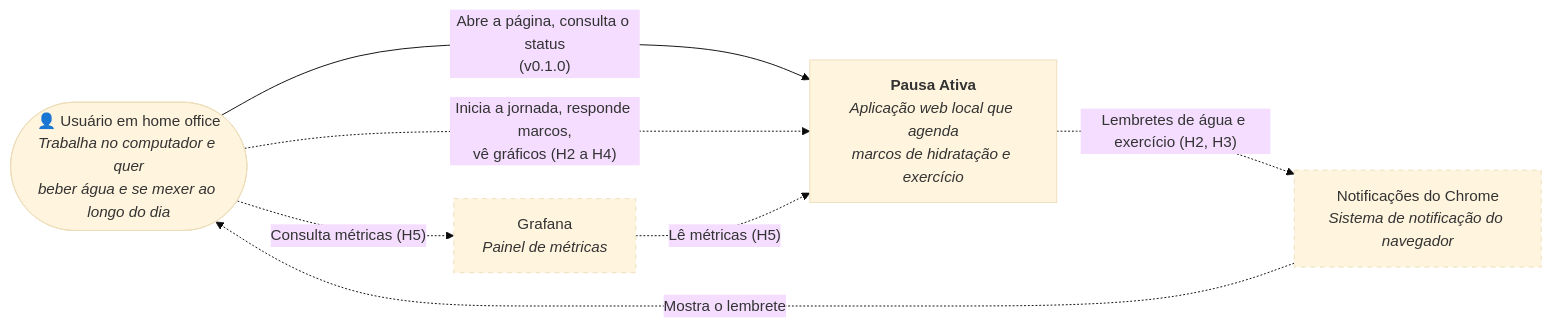
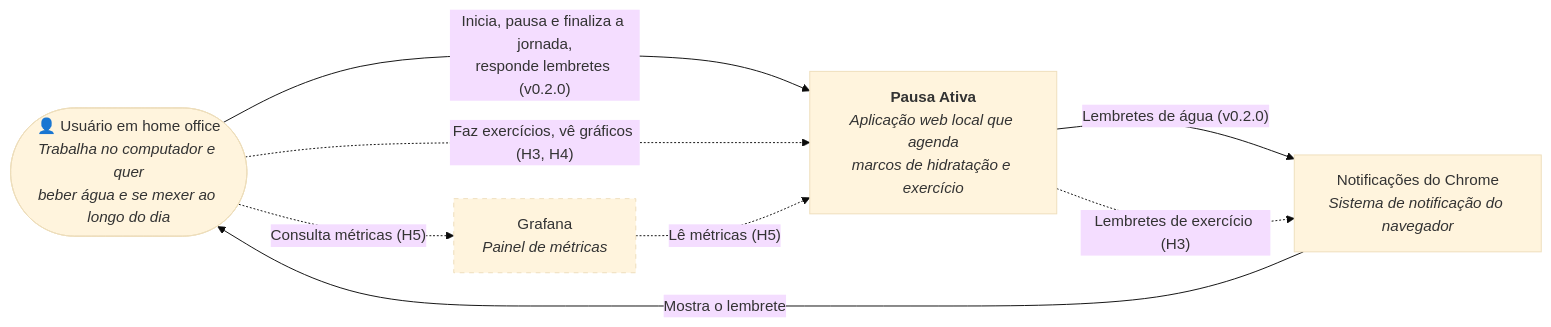
Before and after one commit to lincolnnaraujo/pausa-ativa: the diagram in docs/arquitetura/c4-1-contexto.md, drawn with Mermaid (base theme). The commit also changed other lines of this file and 12 other files, not shown here.

````diff
--- a/docs/arquitetura/c4-1-contexto.md
+++ b/docs/arquitetura/c4-1-contexto.md
@@ -5,17 +5,18 @@
 ```mermaid
 flowchart LR
     U(["👤 Usuário em home office<br/><i>Trabalha no computador e quer<br/>beber água e se mexer ao longo do dia</i>"])
     S["<b>Pausa Ativa</b><br/><i>Aplicação web local que agenda<br/>marcos de hidratação e exercício</i>"]
     N["Notificações do Chrome<br/><i>Sistema de notificação do navegador</i>"]
     G["Grafana<br/><i>Painel de métricas</i>"]
 
-    U -->|"Abre a página, consulta o status<br/>(v0.1.0)"| S
-    U -.->|"Inicia a jornada, responde marcos,<br/>vê gráficos (H2 a H4)"| S
-    S -.->|"Lembretes de água e exercício (H2, H3)"| N
-    N -.->|"Mostra o lembrete"| U
+    U -->|"Inicia, pausa e finaliza a jornada,<br/>responde lembretes (v0.2.0)"| S
+    U -.->|"Faz exercícios, vê gráficos (H3, H4)"| S
+    S -->|"Lembretes de água (v0.2.0)"| N
+    S -.->|"Lembretes de exercício (H3)"| N
+    N -->|"Mostra o lembrete"| U
     U -.->|"Consulta métricas (H5)"| G
     G -.->|"Lê métricas (H5)"| S
 
     classDef futuro stroke-dasharray: 5 5
-    class N,G futuro
+    class G futuro
 ```
````
